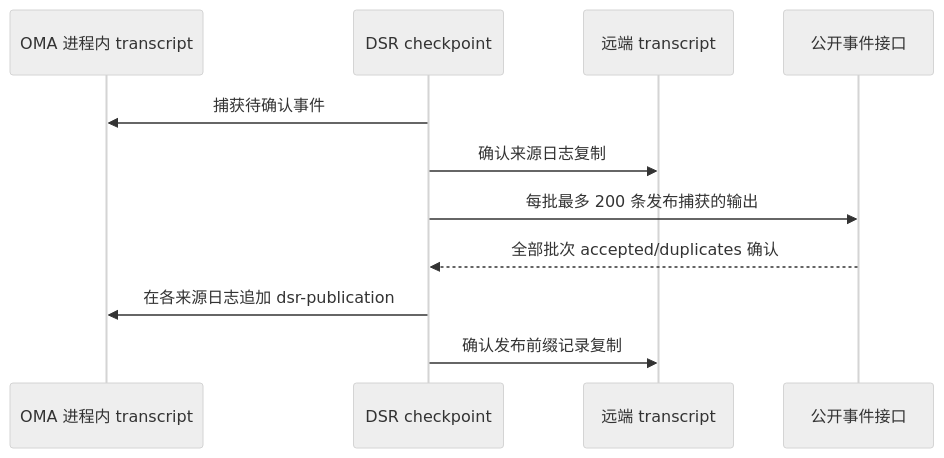
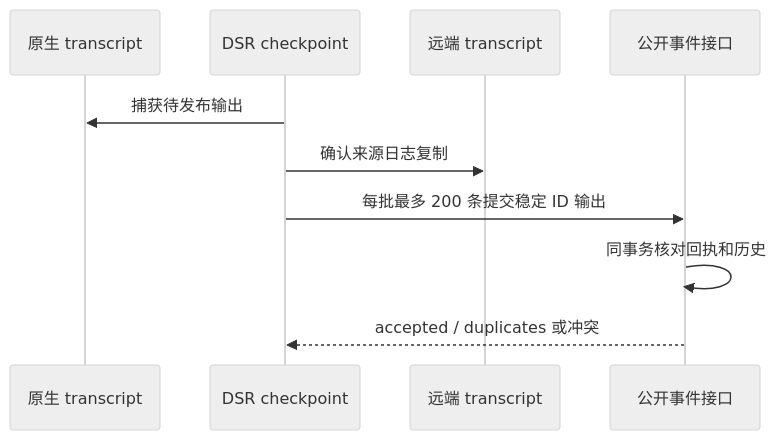
The third of 4 diagrams in docs/design/be/dsrv1/protocol.md (superduck-ai/open-managed-agents), drawn with Mermaid (neutral theme) before and after one commit. The commit also changed other lines of this file and 17 other files, not shown here.

````diff
--- a/docs/design/be/dsrv1/protocol.md
+++ b/docs/design/be/dsrv1/protocol.md
@@ -533,13 +535,12 @@
 ```mermaid
 sequenceDiagram
-    participant L as OMA 进程内 transcript
+    participant L as 原生 transcript
     participant C as DSR checkpoint
     participant T as 远端 transcript
     participant P as 公开事件接口
-    C->>L: 捕获待确认事件
+    C->>L: 捕获待发布输出
     C->>T: 确认来源日志复制
-    C->>P: 每批最多 200 条发布捕获的输出
-    P-->>C: 全部批次 accepted/duplicates 确认
-    C->>L: 在各来源日志追加 dsr-publication
-    C->>T: 确认发布前缀记录复制
+    C->>P: 每批最多 200 条提交稳定 ID 输出
+    P->>P: 同事务核对回执和历史
+    P-->>C: accepted / duplicates 或冲突
 ```
````
